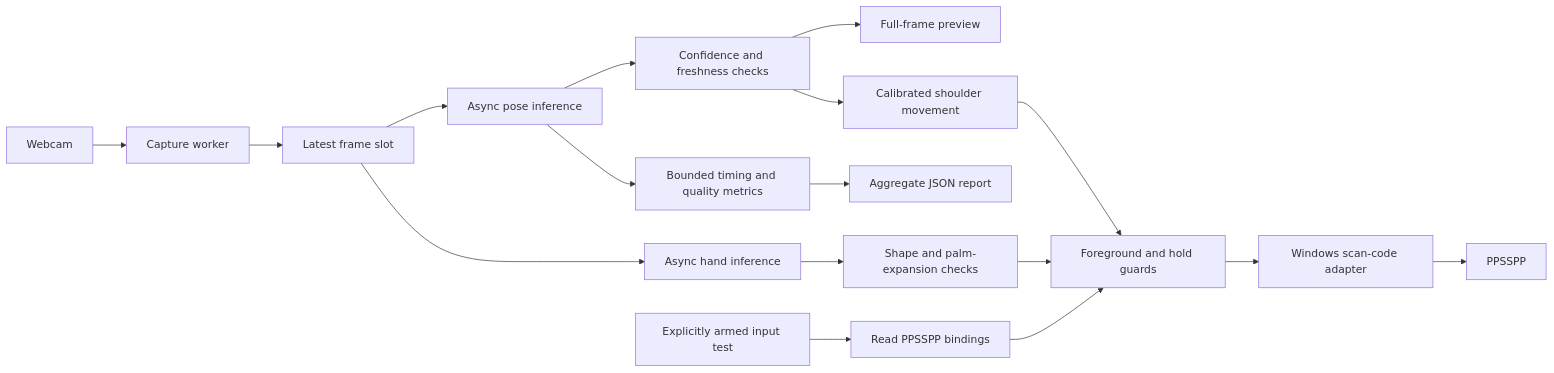
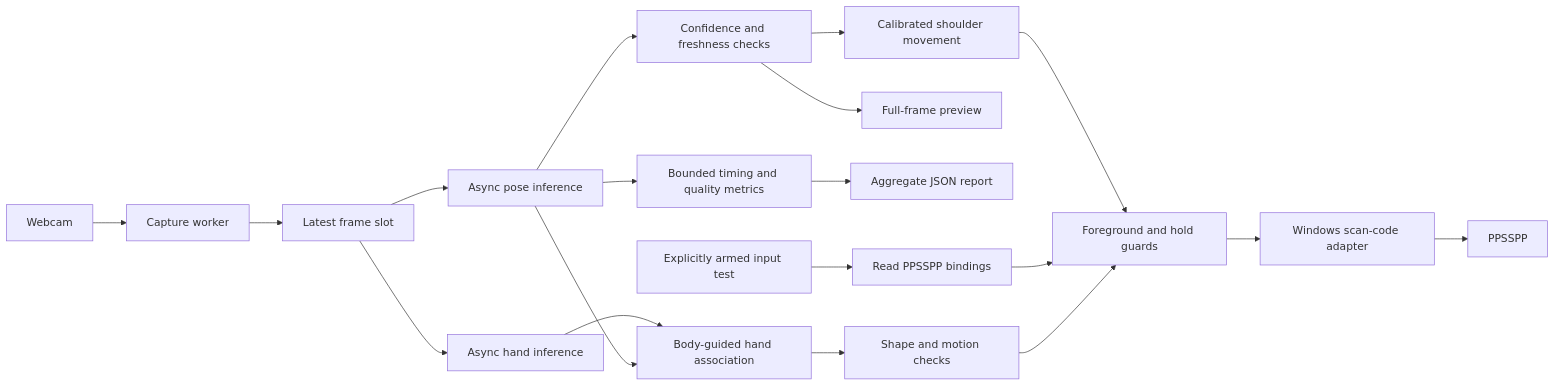
One commit to chittranshsharma/Shadow-Pad changed the diagram in README.md. Above: the diagram before and after it, drawn with Mermaid. The commit also changed other lines of this file and 15 other files, not shown here.

First line of the commit message:
fix: stabilize hand identity and recover relaxed guards

````diff
--- a/README.md
+++ b/README.md
@@ -51,19 +52,21 @@
 ```mermaid
 flowchart LR
     Camera[Webcam] --> Capture[Capture worker]
     Capture --> Latest[Latest frame slot]
     Latest --> Pose[Async pose inference]
     Latest --> Hands[Async hand inference]
-    Hands --> Attacks[Shape and palm-expansion checks]
+    Pose --> Identity[Body-guided hand association]
+    Hands --> Identity
+    Identity --> Attacks[Shape and motion checks]
     Attacks --> Guard
     Pose --> Quality[Confidence and freshness checks]
     Quality --> Preview[Full-frame preview]
     Pose --> Metrics[Bounded timing and quality metrics]
     Metrics --> Report[Aggregate JSON report]
     CLI[Explicitly armed input test] --> Bindings[Read PPSSPP bindings]
     Bindings --> Guard[Foreground and hold guards]
     Guard --> Native[Windows scan-code adapter]
     Native --> Emulator[PPSSPP]
     Quality --> Movement[Calibrated shoulder movement]
     Movement --> Guard
 ```
````
